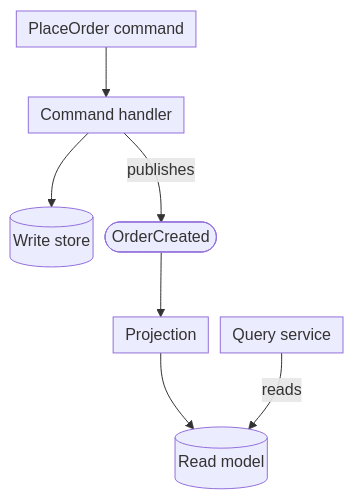
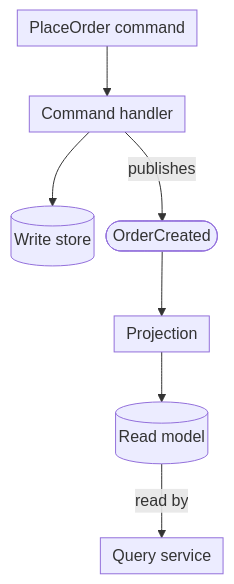
One commit to mimi146/blog changed the second of 3 diagrams in src/content/blog/10-backend-design-patterns-in-java.md. Above: the diagram before and after it, drawn with Mermaid. The commit also changed other lines of this file, not shown here.

````diff
--- a/src/content/blog/10-backend-design-patterns-in-java.md
+++ b/src/content/blog/10-backend-design-patterns-in-java.md
@@ -547,12 +561,12 @@
 ```mermaid
 %%{init: {"flowchart": {"nodeSpacing": 12, "padding": 6, "diagramPadding": 4}}}%%
 flowchart TB
   accTitle: CQRS write and read split
-  accDescr: A command goes to the command handler, which updates the write store and publishes an event. A projection listens to the event and updates a read model. Queries are served from the read model only.
+  accDescr: A command goes to the command handler, which updates the write store and publishes an event. A projection listens to the event and updates a read model. The query service reads only from the read model.
   C["PlaceOrder command"] --> H["Command handler"]
   H --> W[("Write store")]
   H -->|"publishes"| E(["OrderCreated"])
   E --> P["Projection"]
   P --> R[("Read model")]
-  Q["Query service"] -->|"reads"| R
+  R -->|"read by"| Q["Query service"]
 ```
````
